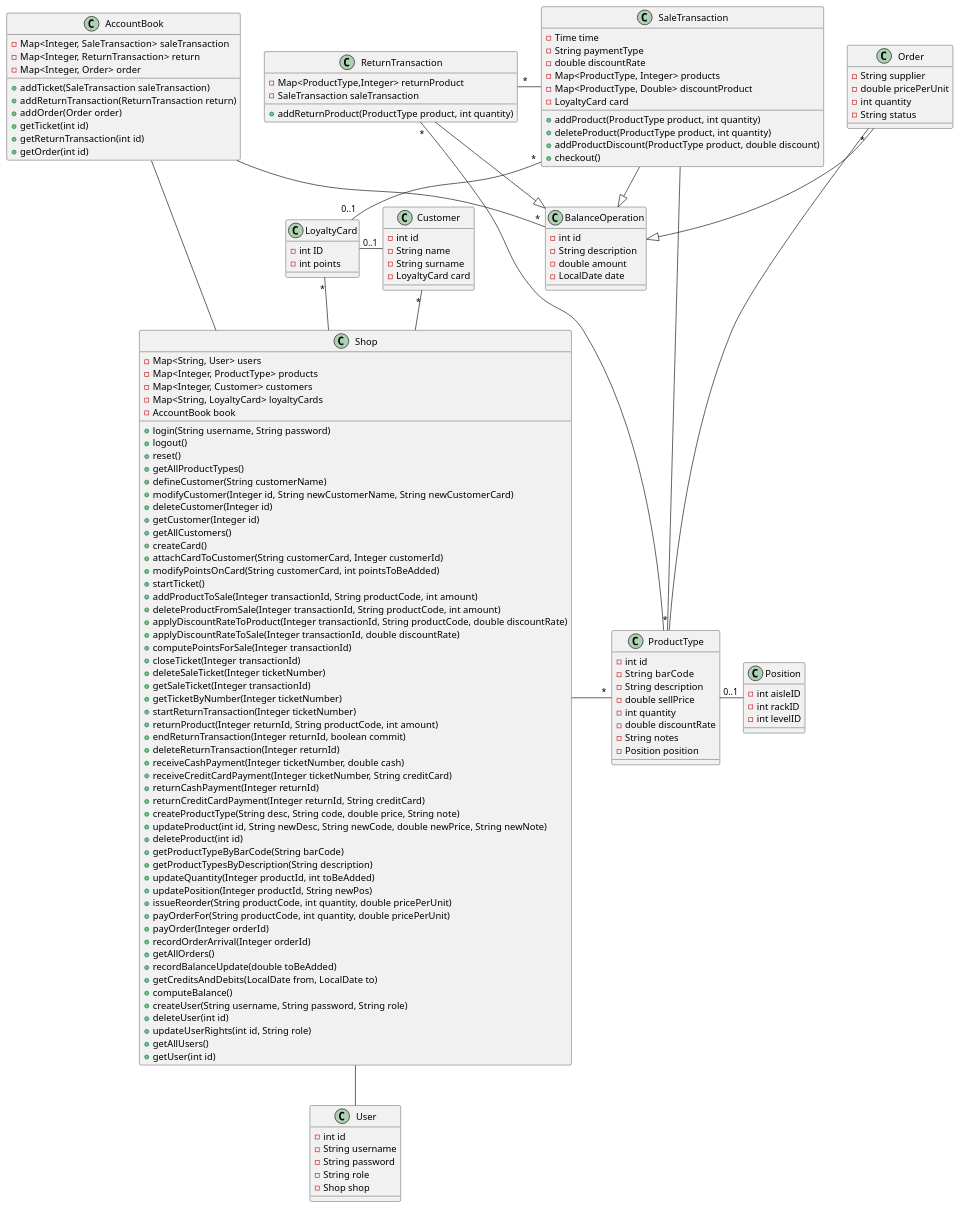
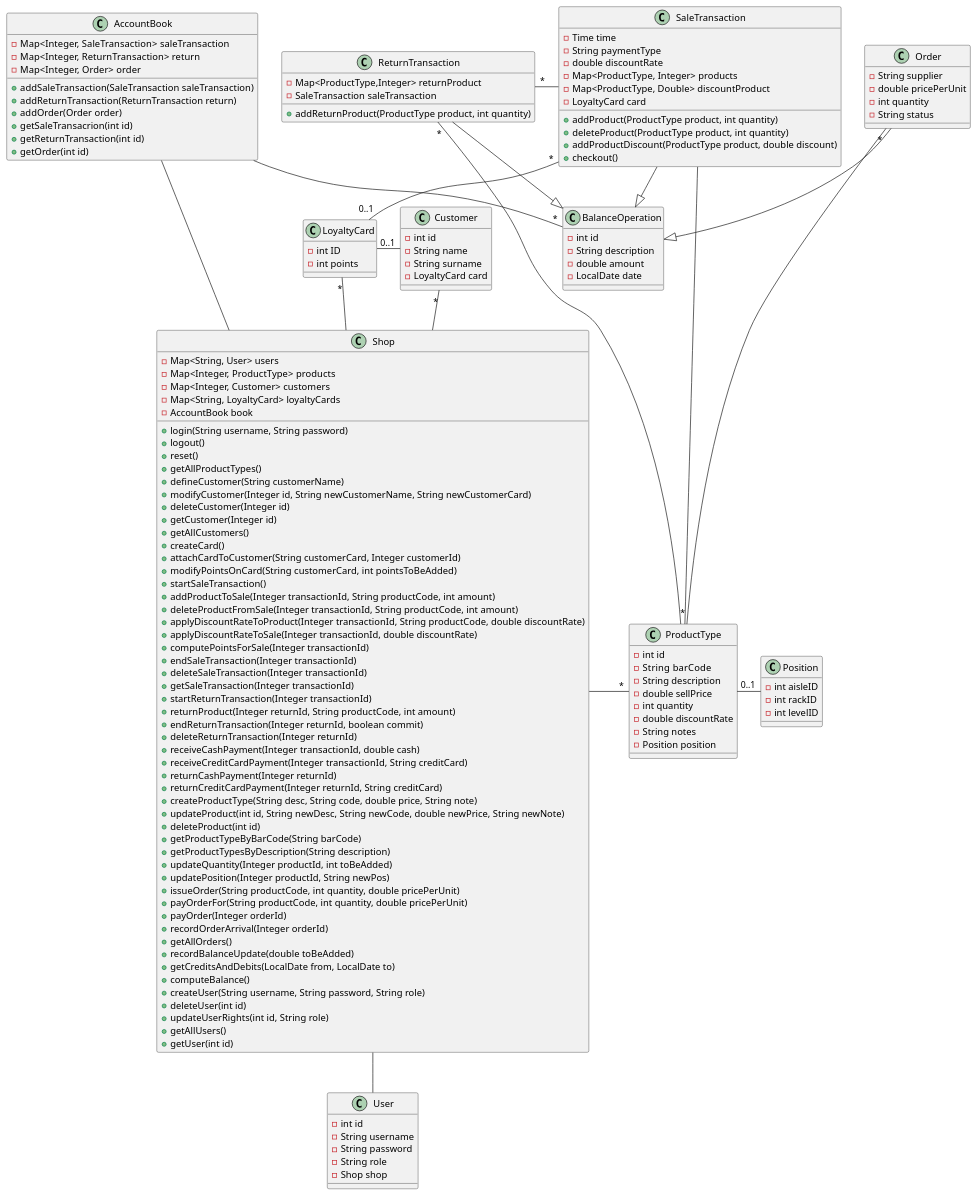
The second of 2 diagrams in Deliverables/DesignDocument.md (BMike10/EzShop), drawn with PlantUML before and after one commit. The commit also changed other lines of this file, not shown here.

Commit message:
Doc: Updated Shop methods

```diff
--- a/Deliverables/DesignDocument.md
+++ b/Deliverables/DesignDocument.md
@@ -71,22 +71,21 @@
     + createCard()
     + attachCardToCustomer(String customerCard, Integer customerId)
     + modifyPointsOnCard(String customerCard, int pointsToBeAdded)
-    + startTicket()
+    + startSaleTransaction()
     + addProductToSale(Integer transactionId, String productCode, int amount)
     + deleteProductFromSale(Integer transactionId, String productCode, int amount)
     + applyDiscountRateToProduct(Integer transactionId, String productCode, double discountRate)
     + applyDiscountRateToSale(Integer transactionId, double discountRate)
     + computePointsForSale(Integer transactionId)
-    + closeTicket(Integer transactionId)
-    + deleteSaleTicket(Integer ticketNumber)
-    + getSaleTicket(Integer transactionId)
-    + getTicketByNumber(Integer ticketNumber)
-    + startReturnTransaction(Integer ticketNumber)
+    + endSaleTransaction(Integer transactionId)
+    + deleteSaleTransaction(Integer transactionId)
+    + getSaleTransaction(Integer transactionId)
+    + startReturnTransaction(Integer transactionId)
     + returnProduct(Integer returnId, String productCode, int amount)
     + endReturnTransaction(Integer returnId, boolean commit)
     + deleteReturnTransaction(Integer returnId)
-    + receiveCashPayment(Integer ticketNumber, double cash)
-    + receiveCreditCardPayment(Integer ticketNumber, String creditCard) 
+    + receiveCashPayment(Integer transactionId, double cash)
+    + receiveCreditCardPayment(Integer transactionId, String creditCard)
     + returnCashPayment(Integer returnId)
     + returnCreditCardPayment(Integer returnId, String creditCard)
     + createProductType(String desc, String code, double price, String note)
@@ -96,7 +95,7 @@
     + getProductTypesByDescription(String description)
     + updateQuantity(Integer productId, int toBeAdded)
     + updatePosition(Integer productId, String newPos)
-    + issueReorder(String productCode, int quantity, double pricePerUnit)
+    + issueOrder(String productCode, int quantity, double pricePerUnit)
     + payOrderFor(String productCode, int quantity, double pricePerUnit)
     + payOrder(Integer orderId)
     + recordOrderArrival(Integer orderId)
@@ -128,10 +127,10 @@
     - Map<Integer, ReturnTransaction> return
     - Map<Integer, Order> order
     '  methods
-    + addTicket(SaleTransaction saleTransaction)
+    + addSaleTransaction(SaleTransaction saleTransaction)
     + addReturnTransaction(ReturnTransaction return)
     + addOrder(Order order)
-    + getTicket(int id)
+    + getSaleTransacrion(int id)
     + getReturnTransaction(int id)
     + getOrder(int id)
     
```
